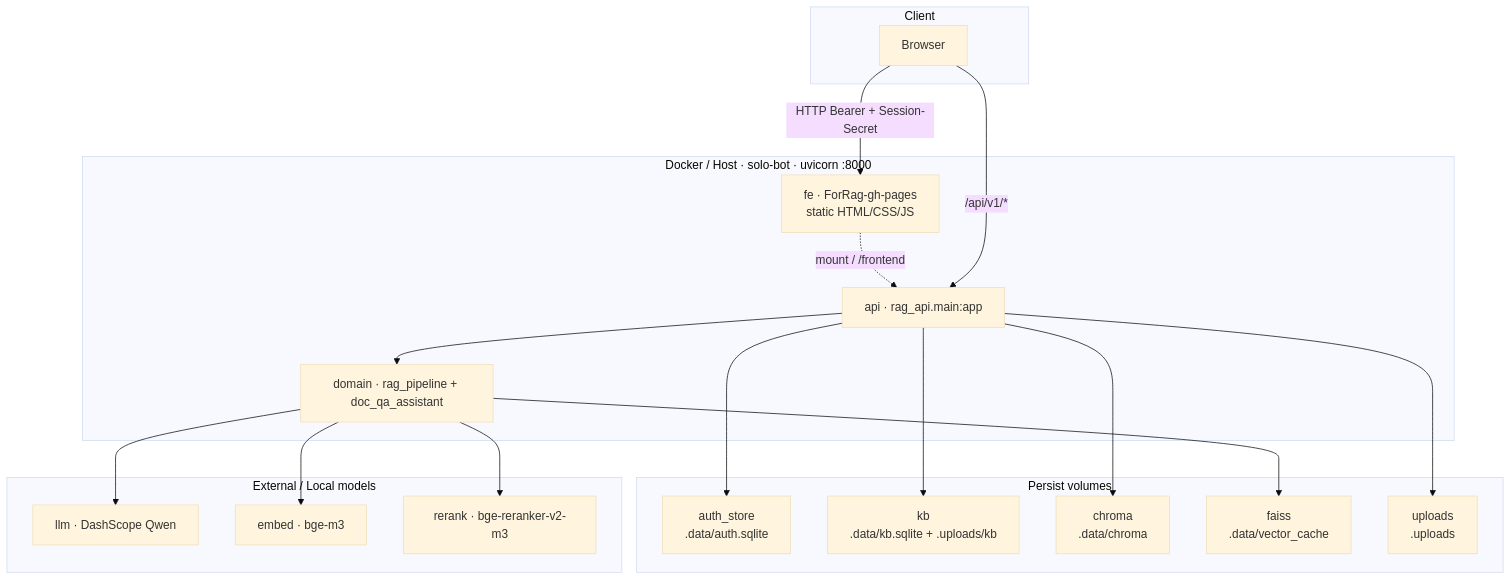
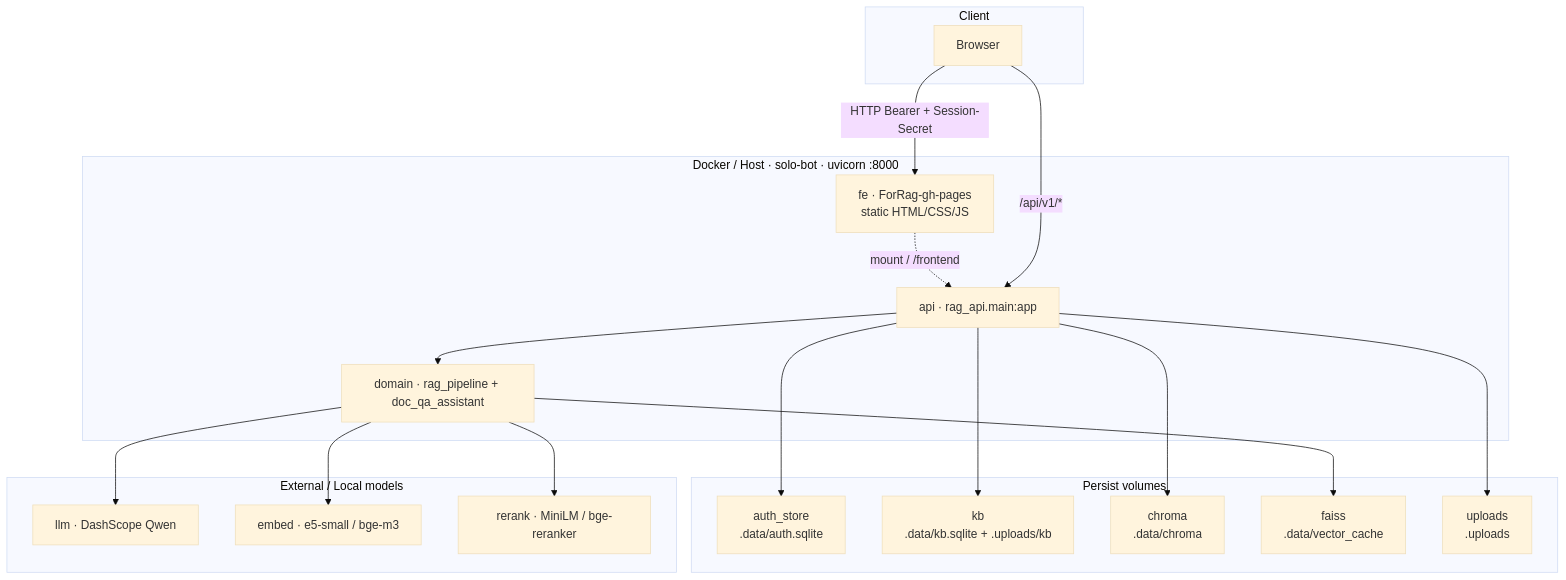
One commit to JinYue-star/ForRag changed the first of 7 diagrams in docs/architecture.md. Above: the diagram before and after it, drawn with Mermaid (base theme). The commit also changed other lines of this file and 104 other files, not shown here.

````diff
--- a/docs/architecture.md
+++ b/docs/architecture.md
@@ -205,39 +207,39 @@
 ```mermaid
 flowchart TB
   subgraph clients["Client"]
     Browser["Browser"]
   end
 
   subgraph process["Docker / Host · solo-bot · uvicorn :8000"]
     fe["fe · ForRag-gh-pages<br/>static HTML/CSS/JS"]
     api["api · rag_api.main:app"]
     domain["domain · rag_pipeline + doc_qa_assistant"]
     fe -.->|"mount / /frontend"| api
     api --> domain
   end
 
   subgraph volume["Persist volumes"]
     auth_store["auth_store<br/>.data/auth.sqlite"]
     kb["kb<br/>.data/kb.sqlite + .uploads/kb"]
     chroma["chroma<br/>.data/chroma"]
     faiss["faiss<br/>.data/vector_cache"]
     uploads["uploads<br/>.uploads"]
   end
 
   subgraph external["External / Local models"]
     llm["llm · DashScope Qwen"]
-    embed["embed · bge-m3"]
-    rerank["rerank · bge-reranker-v2-m3"]
+    embed["embed · e5-small / bge-m3"]
+    rerank["rerank · MiniLM / bge-reranker"]
   end
 
   Browser -->|"HTTP Bearer + Session-Secret"| fe
   Browser -->|"/api/v1/*"| api
   api --> auth_store
   api --> kb
   api --> chroma
   api --> uploads
   domain --> faiss
   domain --> llm
   domain --> embed
   domain --> rerank
 ```
````
